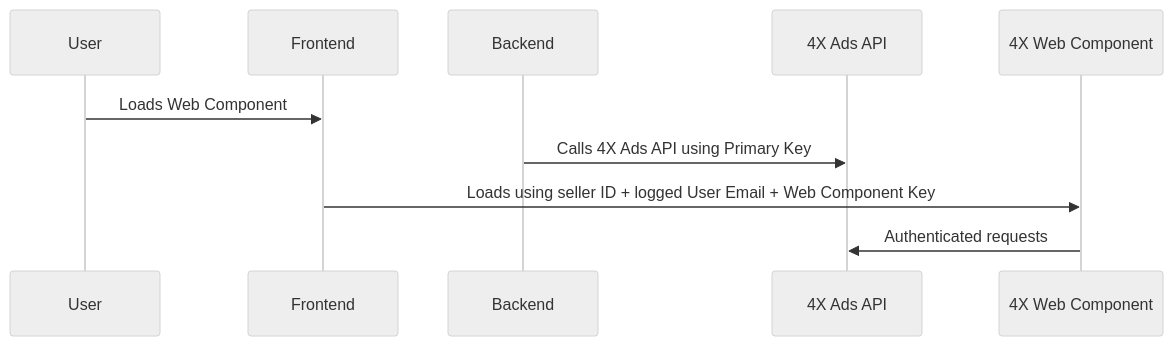
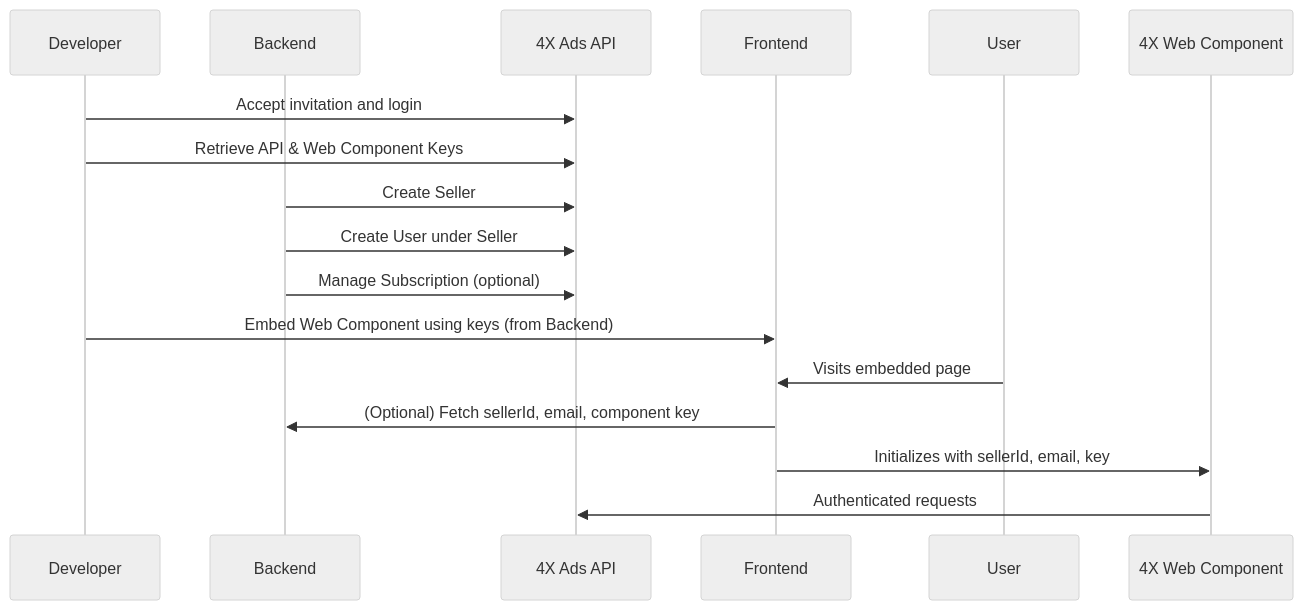
The diagram in README.md (4XDigital/four-x-integration-samples), drawn with Mermaid (neutral theme) before and after one commit. The commit also changed other lines of this file and 6 other files, not shown here.

````diff
--- a/README.md
+++ b/README.md
@@ -49,13 +49,23 @@
 ```mermaid
 sequenceDiagram
-  participant User
-  participant Frontend
+  participant Dev as Developer
   participant Backend
   participant 4X Ads API
-  participant 4X Web Component
+  participant Frontend
+  participant User
+  participant WC as 4X Web Component
 
-  User->>Frontend: Loads Web Component
-  Backend->>4X Ads API: Calls 4X Ads API using Primary Key
-  Frontend->>4X Web Component: Loads using seller ID + logged User Email + Web Component Key
-  4X Web Component->>4X Ads API: Authenticated requests
+  %% Setup Flow
+  Dev->>4X Ads API: Accept invitation and login
+  Dev->>4X Ads API: Retrieve API & Web Component Keys
+  Backend->>4X Ads API: Create Seller
+  Backend->>4X Ads API: Create User under Seller
+  Backend->>4X Ads API: Manage Subscription (optional)
+  Dev->>Frontend: Embed Web Component using keys (from Backend)
+
+  %% Runtime Flow
+  User->>Frontend: Visits embedded page
+  Frontend->>Backend: (Optional) Fetch sellerId, email, component key
+  Frontend->>WC: Initializes with sellerId, email, key
+  WC->>4X Ads API: Authenticated requests
 ```
````
